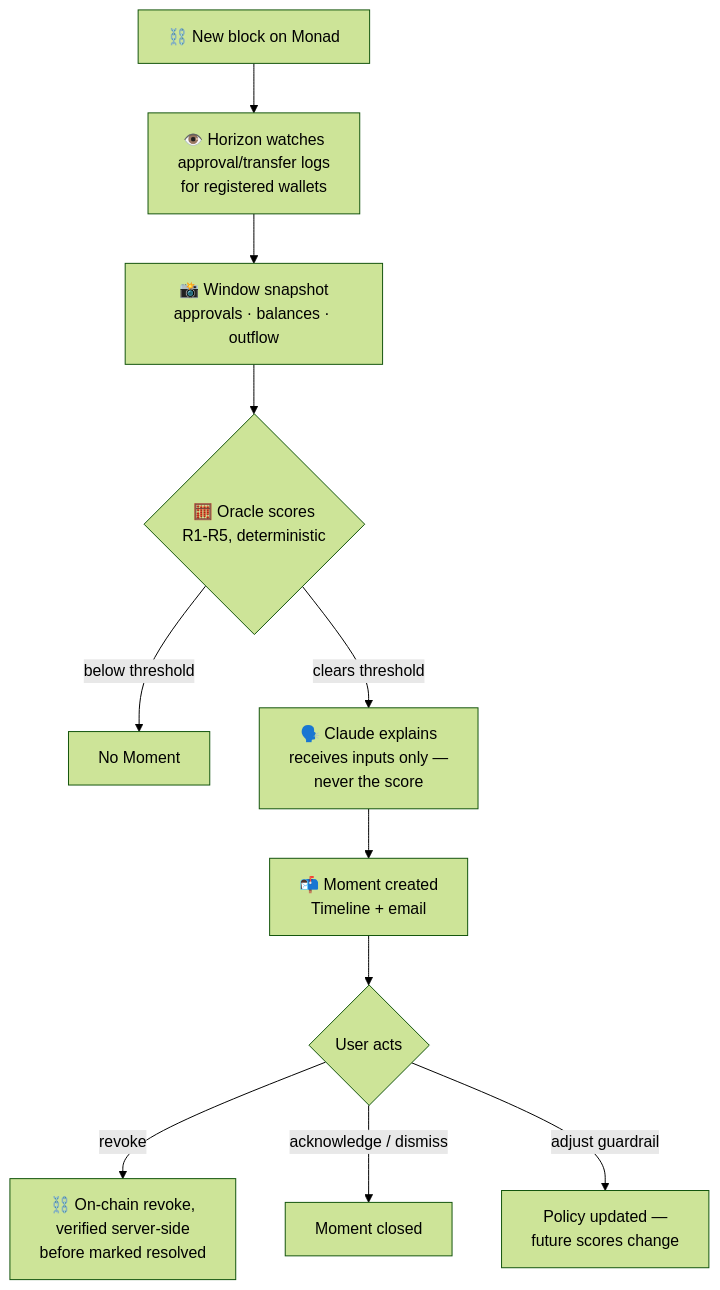
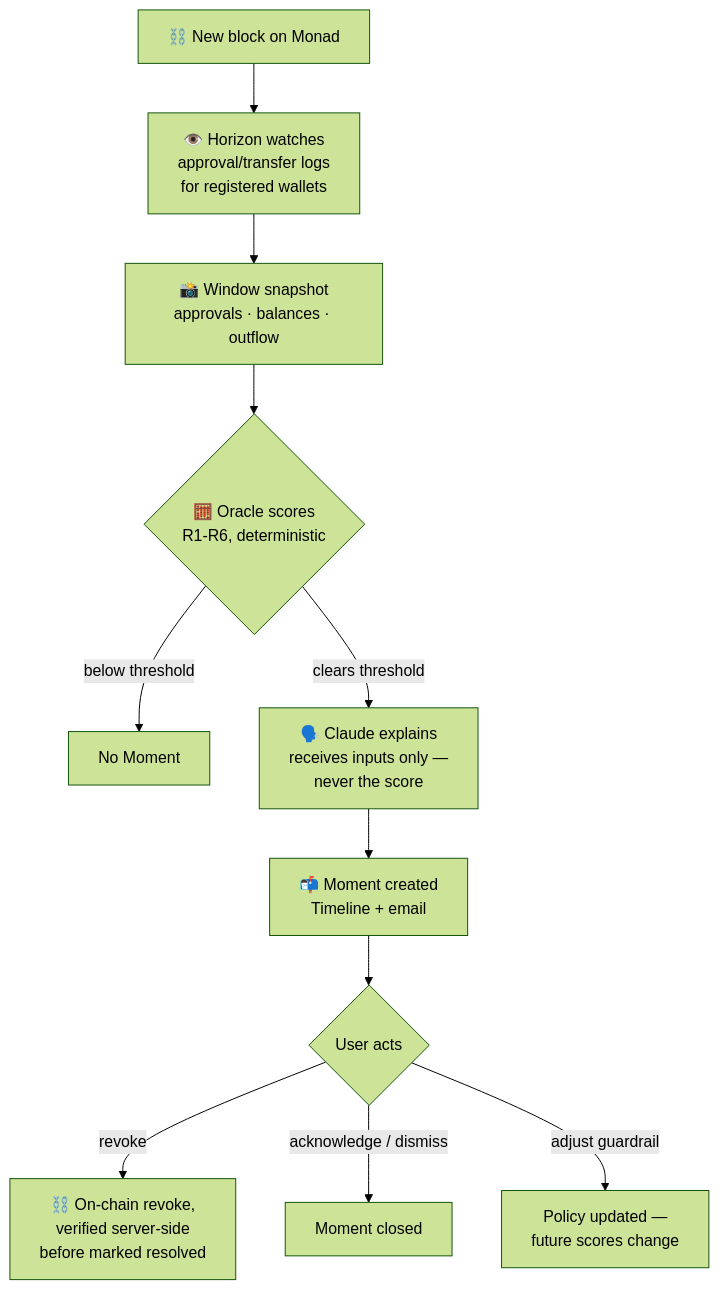
Before and after one commit to 2TheMoom/Meridian: the diagram in README.md, drawn with Mermaid (forest theme). The commit also changed other lines of this file and 14 other files, not shown here.

````diff
--- a/README.md
+++ b/README.md
@@ -25,13 +25,13 @@
 ```mermaid
 flowchart TD
     A[⛓️ New block on Monad] --> B[👁️ Horizon watches\napproval/transfer logs\nfor registered wallets]
     B --> C[📸 Window snapshot\napprovals · balances · outflow]
-    C --> D{🧮 Oracle scores\nR1-R5, deterministic}
+    C --> D{🧮 Oracle scores\nR1-R6, deterministic}
     D -- "below threshold" --> Z[No Moment]
     D -- "clears threshold" --> E[🗣️ Claude explains\nreceives inputs only —\nnever the score]
     E --> F[📬 Moment created\nTimeline + email]
     F --> G{User acts}
     G -- "revoke" --> H[⛓️ On-chain revoke,\nverified server-side\nbefore marked resolved]
     G -- "acknowledge / dismiss" --> I[Moment closed]
     G -- "adjust guardrail" --> J[Policy updated —\nfuture scores change]
 ```
````
